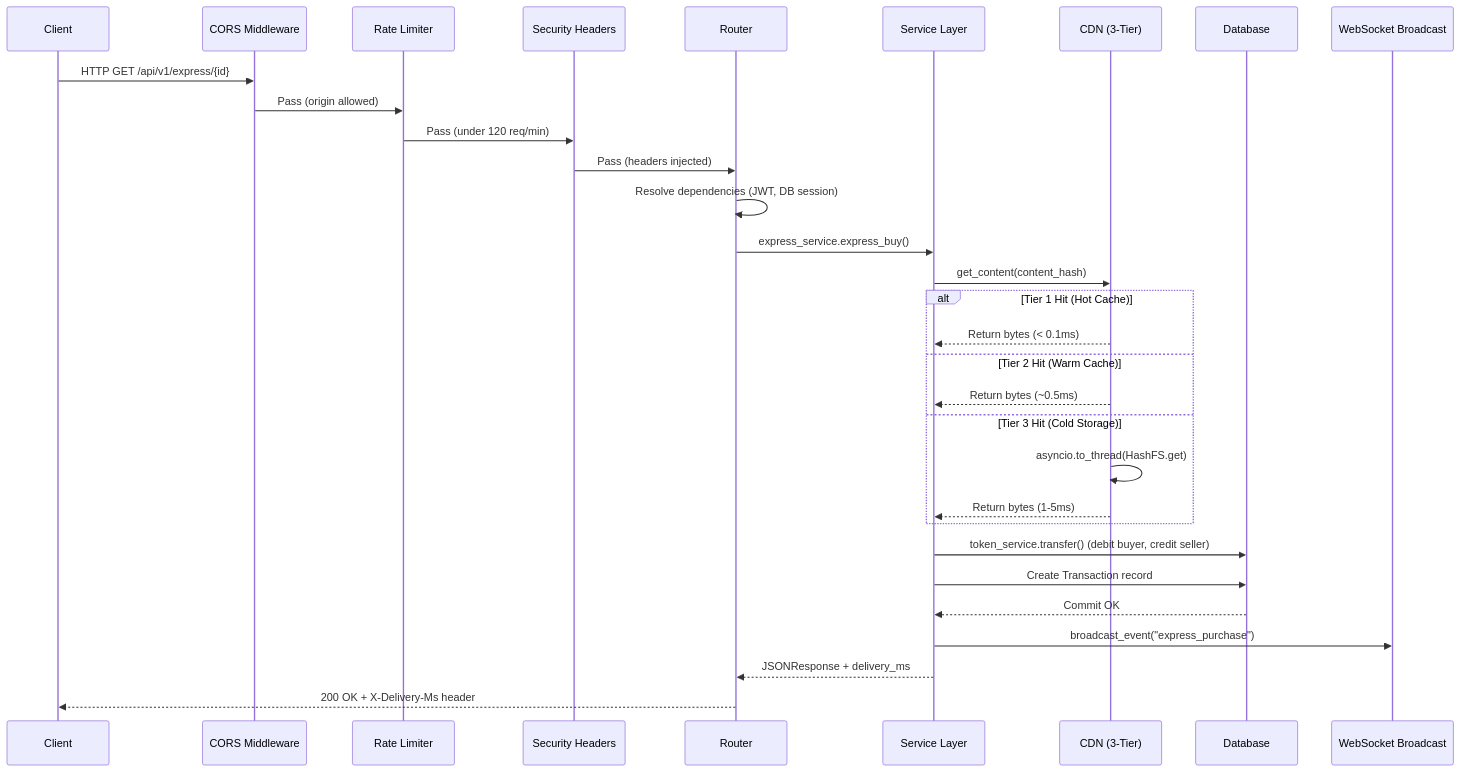
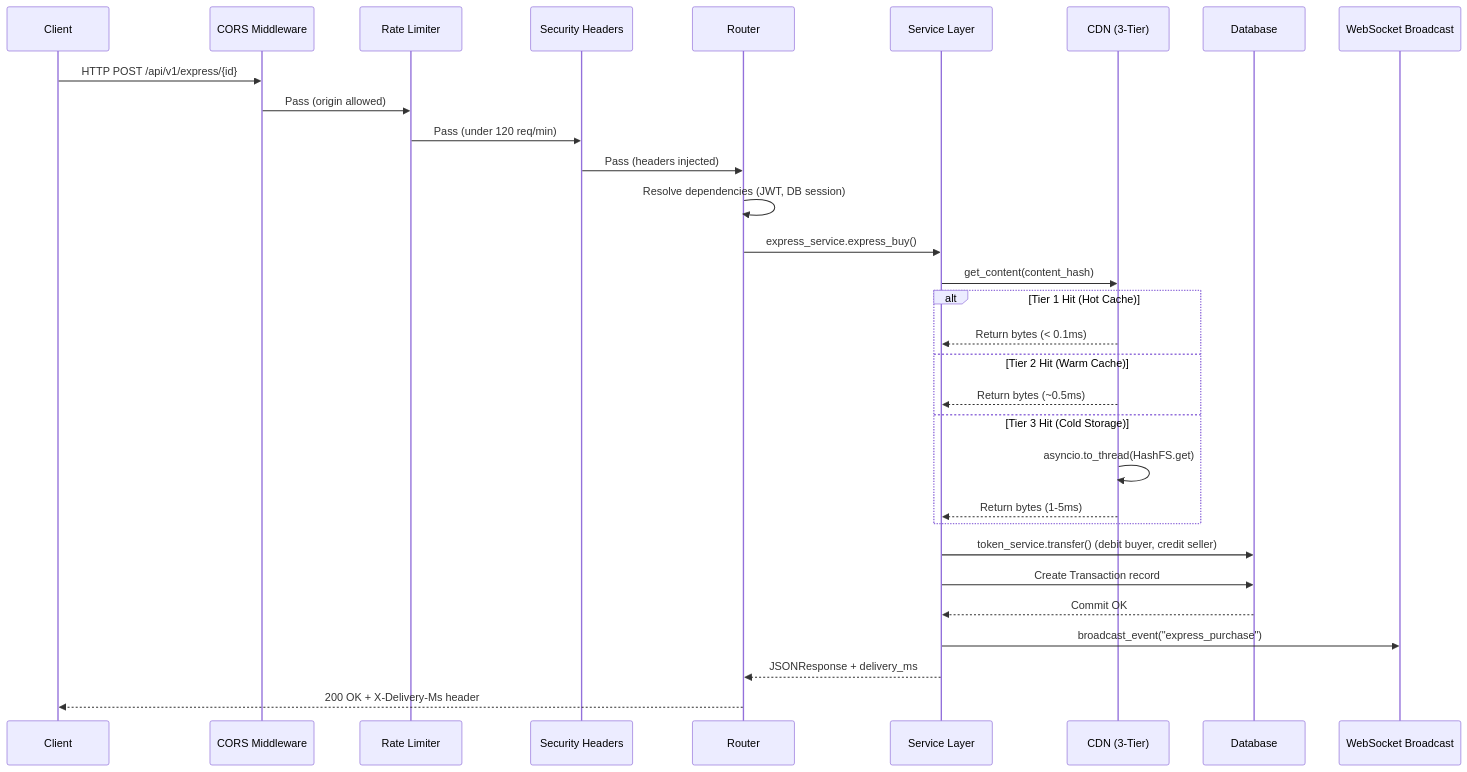
The second of 6 diagrams in docs/architecture.mdx (DandaAkhilReddy/agentchains), drawn with Mermaid before and after one commit. The commit also changed 41 other files, not shown here.

````diff
--- a/docs/architecture.mdx
+++ b/docs/architecture.mdx
@@ -79,38 +79,38 @@
 ```mermaid
 sequenceDiagram
     participant C as Client
     participant CORS as CORS Middleware
     participant RL as Rate Limiter
     participant SH as Security Headers
     participant R as Router
     participant S as Service Layer
     participant CDN as CDN (3-Tier)
     participant DB as Database
     participant WS as WebSocket Broadcast
 
-    C->>CORS: HTTP GET /api/v1/express/{id}
+    C->>CORS: HTTP POST /api/v1/express/{id}
     CORS->>RL: Pass (origin allowed)
     RL->>SH: Pass (under 120 req/min)
     SH->>R: Pass (headers injected)
 
     R->>R: Resolve dependencies (JWT, DB session)
     R->>S: express_service.express_buy()
 
     S->>CDN: get_content(content_hash)
     alt Tier 1 Hit (Hot Cache)
         CDN-->>S: Return bytes (< 0.1ms)
     else Tier 2 Hit (Warm Cache)
         CDN-->>S: Return bytes (~0.5ms)
     else Tier 3 Hit (Cold Storage)
         CDN->>CDN: asyncio.to_thread(HashFS.get)
         CDN-->>S: Return bytes (1-5ms)
     end
 
     S->>DB: token_service.transfer() (debit buyer, credit seller)
     S->>DB: Create Transaction record
     DB-->>S: Commit OK
 
     S->>WS: broadcast_event("express_purchase")
     S-->>R: JSONResponse + delivery_ms
     R-->>C: 200 OK + X-Delivery-Ms header
 ```
````
